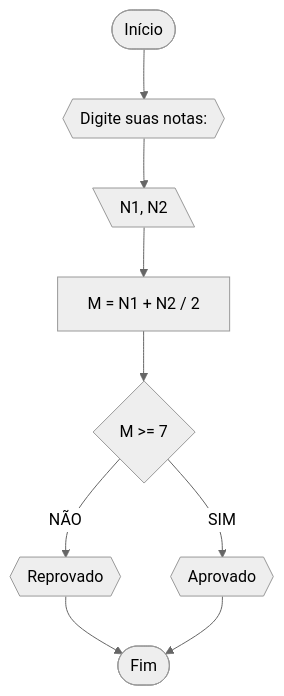
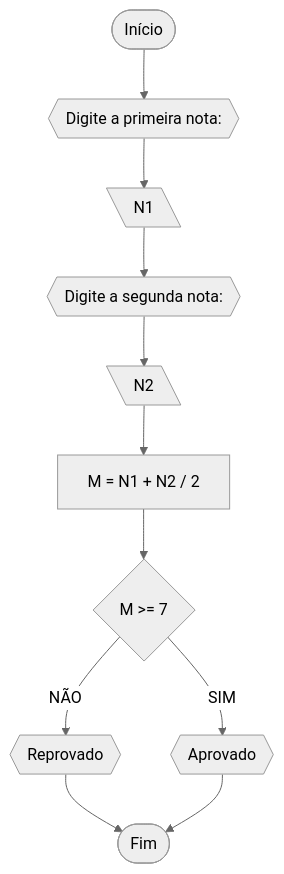
The first of 4 diagrams in RLA/lista_exercicio_1.md (Jandih/Unifor), drawn with Mermaid (neutral theme) before and after one commit. The commit also changed other lines of this file, not shown here.

`````diff
--- a/RLA/lista_exercicio_1.md
+++ b/RLA/lista_exercicio_1.md
@@ -8,11 +8,13 @@
 ````mermaid
 flowchart TD
-A([Início]) --> B{{Digite suas notas:}}
-B --> C[\N1, N2\]
-C --> D[M = N1 + N2 / 2]
-D --> E{M >= 7}
-E --NÃO--> F{{Reprovado}}
-F --> H([Fim])
-E --SIM--> G{{Aprovado}}
-G --> H
+A([Início]) --> B{{Digite a primeira nota:}}
+B --> C[\N1\]
+C --> D{{Digite a segunda nota:}}
+D --> E[\N2\]
+E --> F[M = N1 + N2 / 2]
+F --> G{M >= 7}
+G --NÃO--> H{{Reprovado}}
+H --> I([Fim])
+G --SIM--> J{{Aprovado}}
+J --> I
 ````
`````
